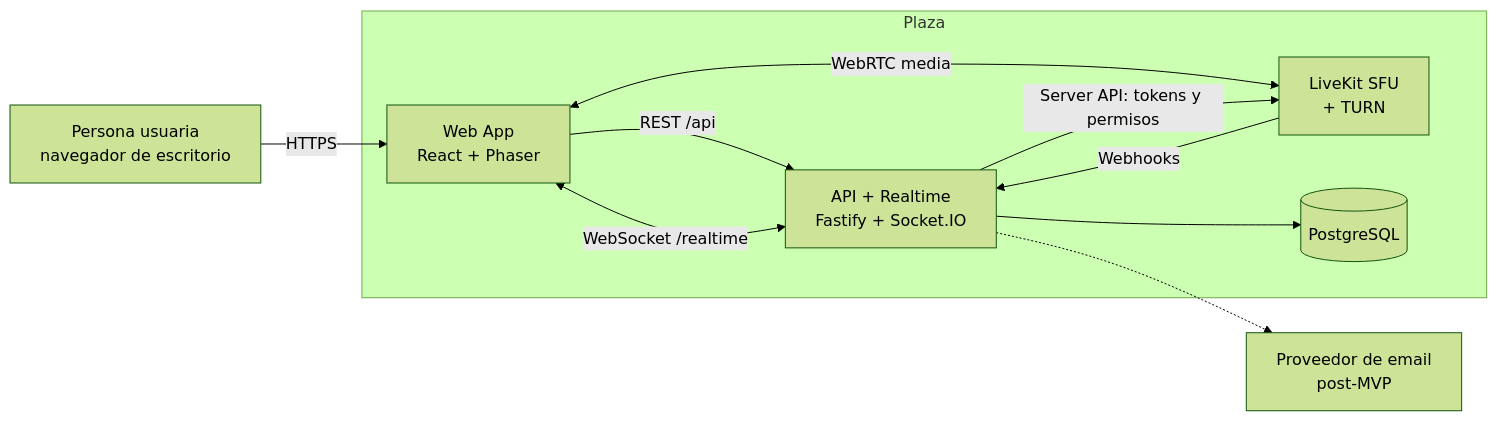
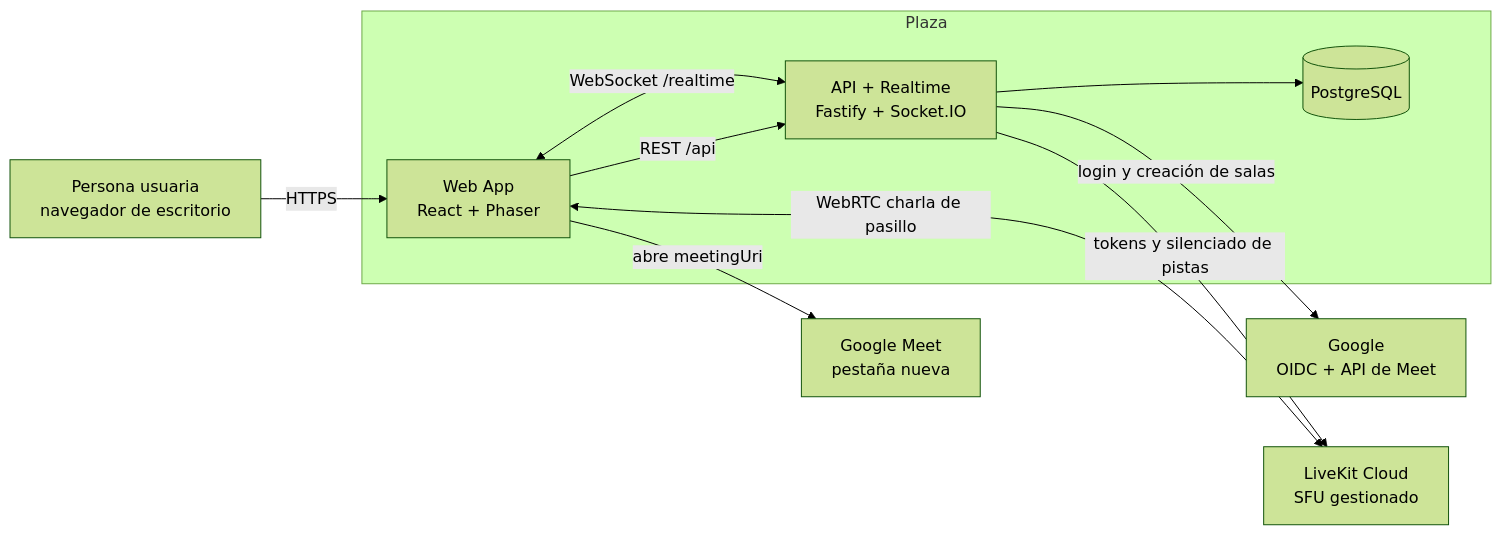
One commit to nesram5/html-course changed the first of 4 diagrams in docs/virtual-office-mvp/02-arquitectura.md. Above: the diagram before and after it, drawn with Mermaid (forest theme). The commit also changed other lines of this file and 19 other files, not shown here.

First line of the commit message:
docs: simplify Plaza MVP plan (Google login, LiveKit Cloud, Google Meet rooms)

````diff
--- a/docs/virtual-office-mvp/02-arquitectura.md
+++ b/docs/virtual-office-mvp/02-arquitectura.md
@@ -23,20 +21,21 @@
 ```mermaid
 flowchart LR
     U[Persona usuaria<br/>navegador de escritorio]
     subgraph Plaza
       W[Web App<br/>React + Phaser]
       S[API + Realtime<br/>Fastify + Socket.IO]
-      L[LiveKit SFU<br/>+ TURN]
       DB[(PostgreSQL)]
     end
-    E[Proveedor de email<br/>post-MVP]
+    G[Google<br/>OIDC + API de Meet]
+    M[Google Meet<br/>pestaña nueva]
+    L[LiveKit Cloud<br/>SFU gestionado]
 
     U -->|HTTPS| W
     W -->|REST /api| S
     W <-->|WebSocket /realtime| S
-    W <-->|WebRTC media| L
-    S -->|Server API: tokens y permisos| L
-    L -->|Webhooks| S
+    W <-->|WebRTC charla de pasillo| L
+    W -->|abre meetingUri| M
+    S -->|login y creación de salas| G
+    S -->|tokens y silenciado de pistas| L
     S --> DB
-    S -.-> E
 ```
````
